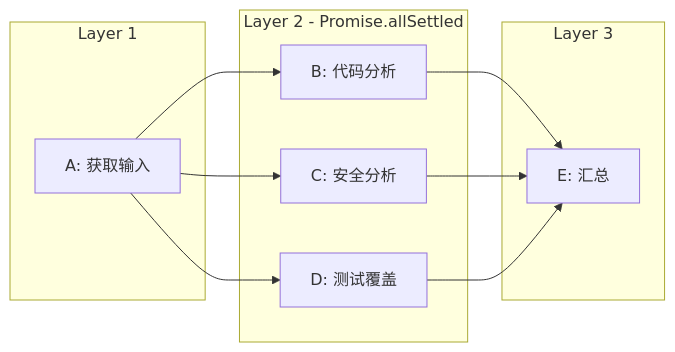
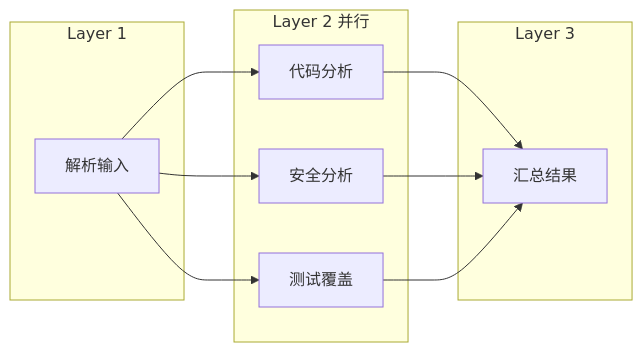
One commit to ReadNULL/Bumblebee changed the seventh of 9 diagrams in docs/interview-guide.md. Above: the diagram before and after it, drawn with Mermaid. The commit also changed other lines of this file and 5 other files, not shown here.

````diff
--- a/docs/interview-guide.md
+++ b/docs/interview-guide.md
@@ -267,20 +539,20 @@
 ```mermaid
 flowchart LR
     subgraph L1["Layer 1"]
-        A["A: 获取输入"]
+        A["解析输入"]
     end
-    subgraph L2["Layer 2 - Promise.allSettled"]
-        B["B: 代码分析"]
-        C["C: 安全分析"]
-        D["D: 测试覆盖"]
+    subgraph L2["Layer 2 并行"]
+        B["代码分析"]
+        C["安全分析"]
+        D["测试覆盖"]
     end
     subgraph L3["Layer 3"]
-        E["E: 汇总"]
+        E["汇总结果"]
     end
     A --> B
     A --> C
     A --> D
     B --> E
     C --> E
     D --> E
 ```
````
